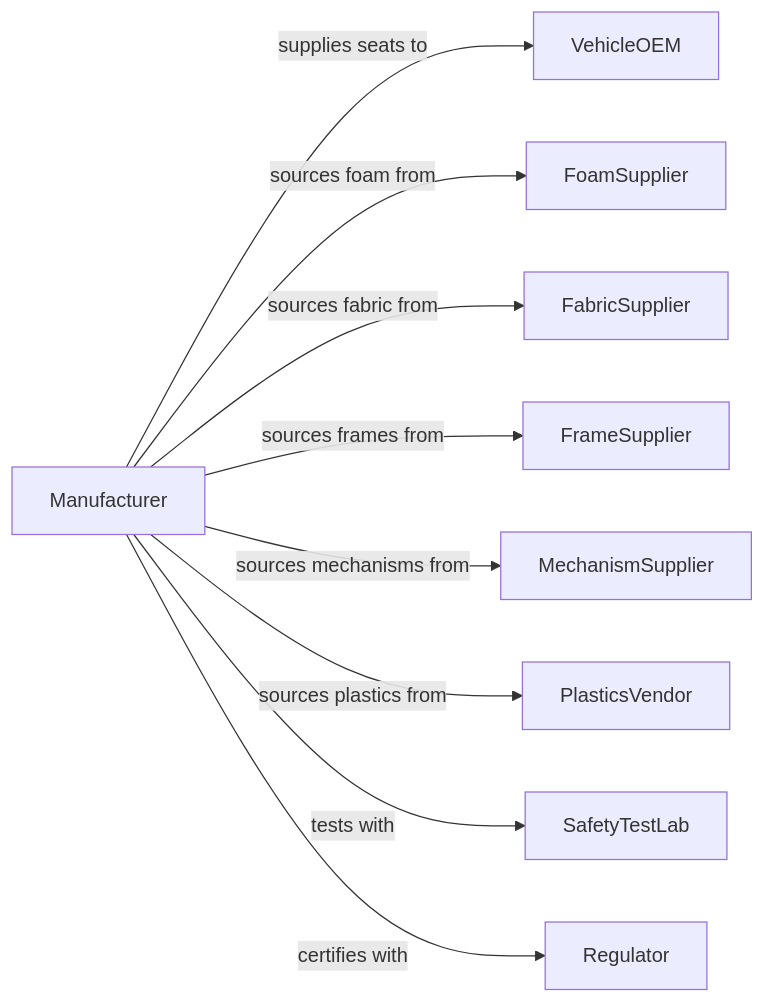
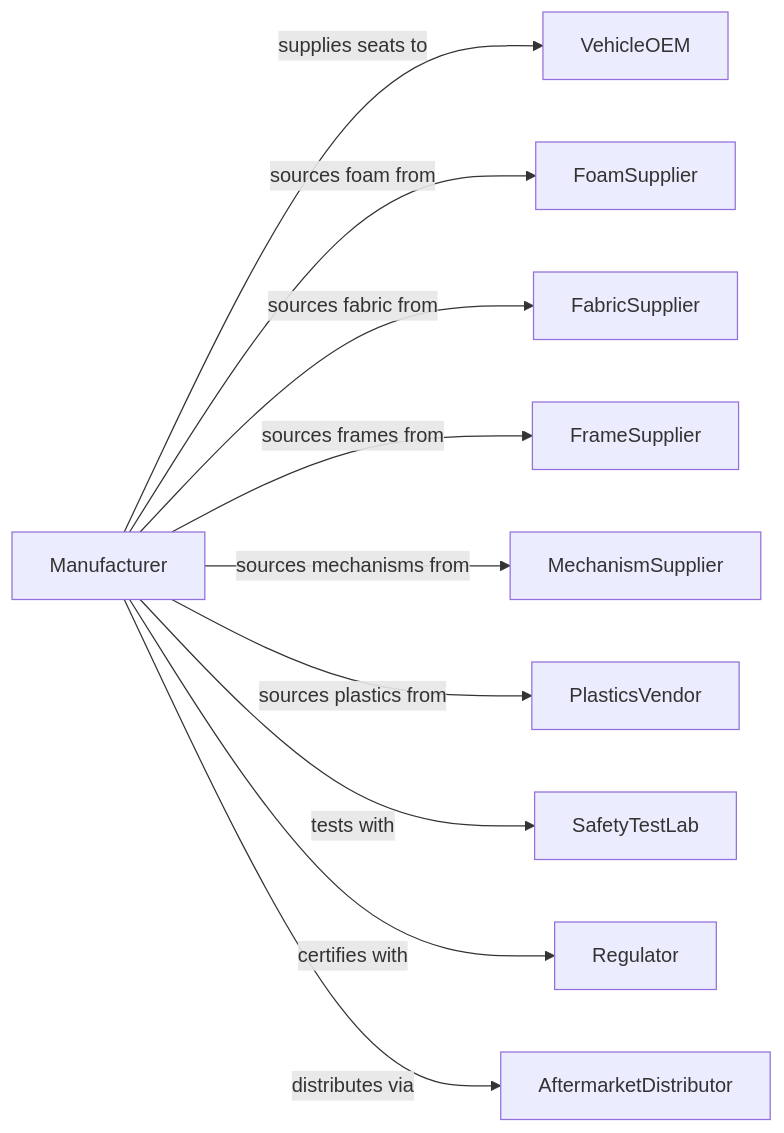
The second of 2 diagrams in Manufacturing/TransportationEquipmentManufacturing/MotorVehiclePartsManufacturing/MotorVehicleSeatingAndInteriorTrimManufacturing.mdx (dot-org-ai/industries.org.ai), drawn with Mermaid before and after one commit. The commit also changed 588 other files, not shown here.

````diff
--- a/Manufacturing/TransportationEquipmentManufacturing/MotorVehiclePartsManufacturing/MotorVehicleSeatingAndInteriorTrimManufacturing.mdx
+++ b/Manufacturing/TransportationEquipmentManufacturing/MotorVehiclePartsManufacturing/MotorVehicleSeatingAndInteriorTrimManufacturing.mdx
@@ -129,13 +129,14 @@
 ```mermaid
 graph LR
     M[Manufacturer]
 
     M -->|supplies seats to| VehicleOEM
     M -->|sources foam from| FoamSupplier
     M -->|sources fabric from| FabricSupplier
     M -->|sources frames from| FrameSupplier
     M -->|sources mechanisms from| MechanismSupplier
     M -->|sources plastics from| PlasticsVendor
     M -->|tests with| SafetyTestLab
     M -->|certifies with| Regulator
+    M -->|distributes via| AftermarketDistributor
 ```
````
